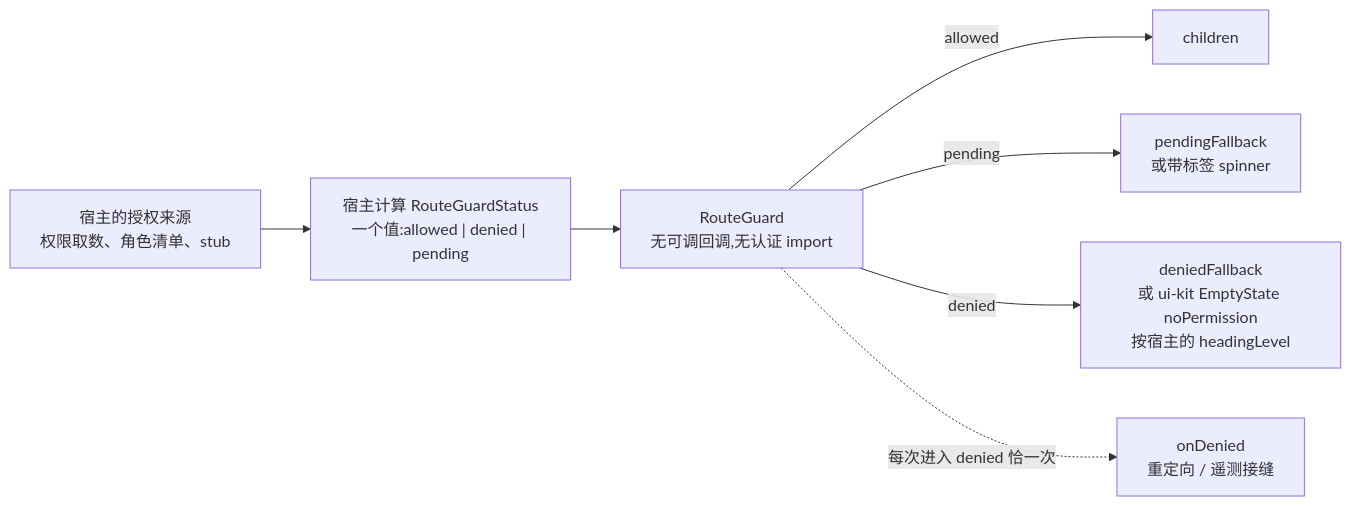
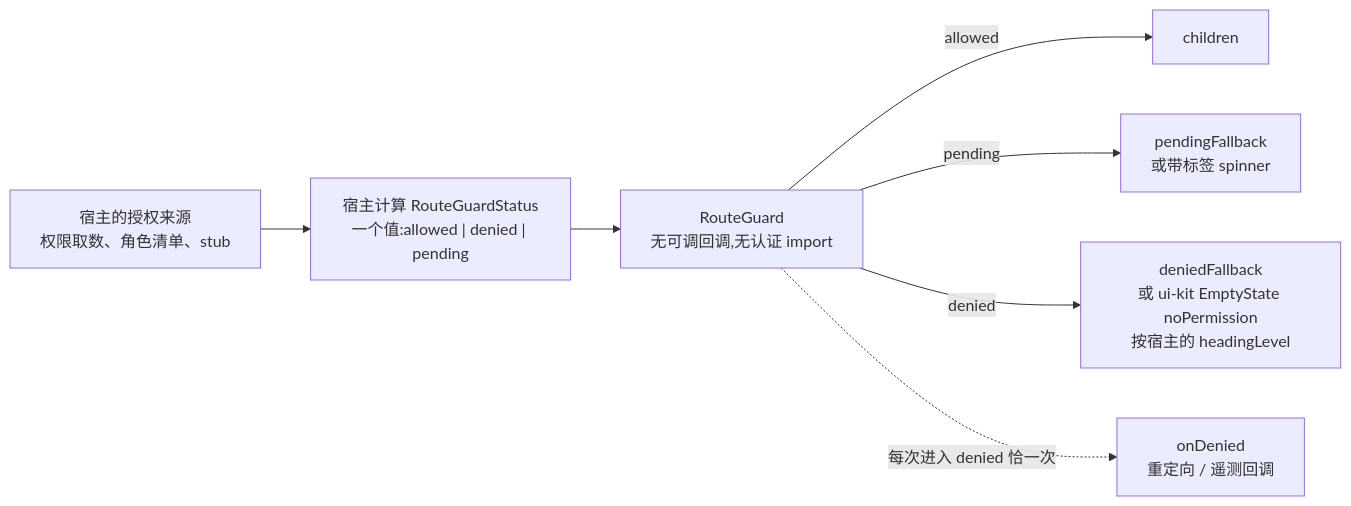
One commit to vislake/speed changed the diagram in docs/site/content.zh-cn/docs/developer-docs/modules/web/layout-kit.md. Above: the diagram before and after it, drawn with Mermaid. The commit also changed other lines of this file and 71 other files, not shown here.

````diff
--- a/docs/site/content.zh-cn/docs/developer-docs/modules/web/layout-kit.md
+++ b/docs/site/content.zh-cn/docs/developer-docs/modules/web/layout-kit.md
@@ -33,9 +33,9 @@
 ```mermaid
 flowchart LR
     Src["宿主的授权来源<br/>权限取数、角色清单、stub"] --> C["宿主计算 RouteGuardStatus<br/>一个值:allowed | denied | pending"]
     C --> G["RouteGuard<br/>无可调回调,无认证 import"]
     G -->|allowed| Ch["children"]
     G -->|pending| P["pendingFallback<br/>或带标签 spinner"]
     G -->|denied| D["deniedFallback<br/>或 ui-kit EmptyState noPermission<br/>按宿主的 headingLevel"]
-    G -.->|"每次进入 denied 恰一次"| O["onDenied<br/>重定向 / 遥测接缝"]
+    G -.->|"每次进入 denied 恰一次"| O["onDenied<br/>重定向 / 遥测回调"]
 ```
````
